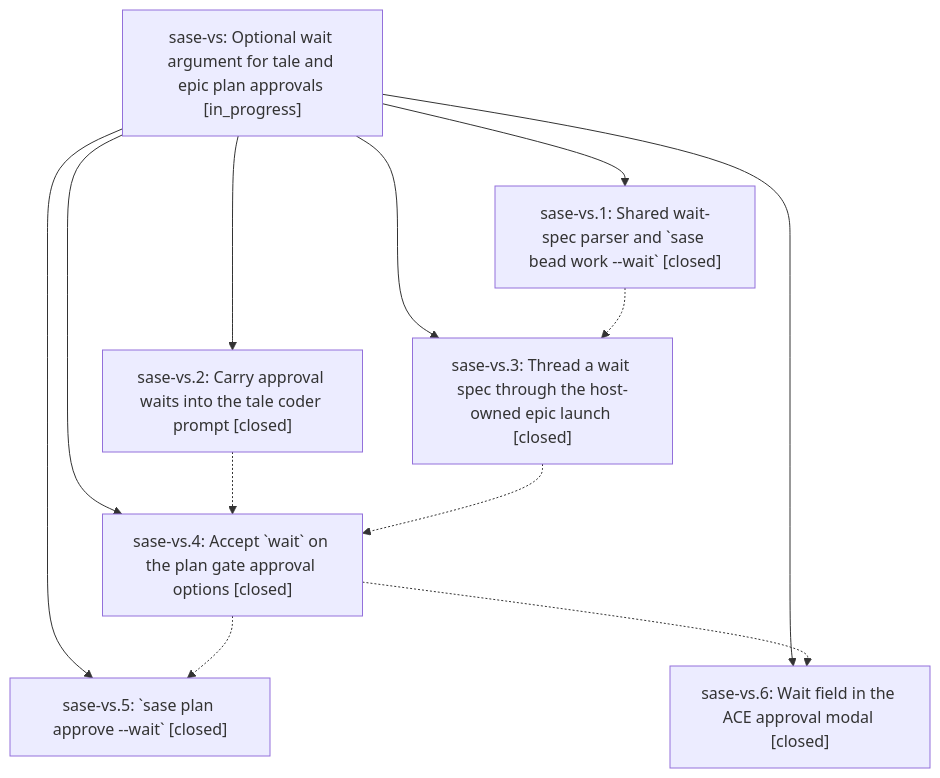
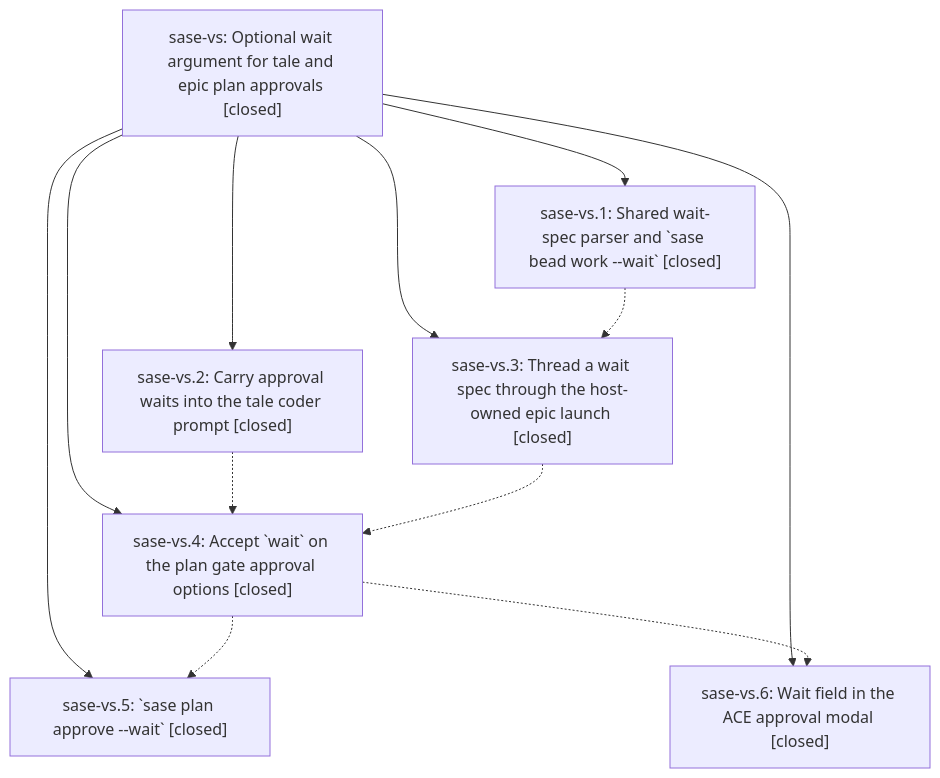
The diagram in pages/sase-vs/README.md (sase-org/sase--beads), drawn with Mermaid before and after one commit. The commit also changed other lines of this file, not shown here.

First line of the commit message:
chore(beads): sync bead state and pages for sase-vs

````diff
--- a/pages/sase-vs/README.md
+++ b/pages/sase-vs/README.md
@@ -39,21 +55,21 @@
 ```mermaid
 flowchart TD
-    n0["sase-vs: Optional wait argument for tale and epic plan approvals [in_progress]"]
+    n0["sase-vs: Optional wait argument for tale and epic plan approvals [closed]"]
     n1["sase-vs.1: Shared wait-spec parser and `sase bead work --wait` [closed]"]
     n2["sase-vs.2: Carry approval waits into the tale coder prompt [closed]"]
     n3["sase-vs.3: Thread a wait spec through the host-owned epic launch [closed]"]
     n4["sase-vs.4: Accept `wait` on the plan gate approval options [closed]"]
     n5["sase-vs.5: `sase plan approve --wait` [closed]"]
     n6["sase-vs.6: Wait field in the ACE approval modal [closed]"]
     n0 --> n1
     n0 --> n2
     n0 --> n3
     n0 --> n4
     n0 --> n5
     n0 --> n6
     n1 -.-> n3
     n2 -.-> n4
     n3 -.-> n4
     n4 -.-> n5
     n4 -.-> n6
 ```
````
